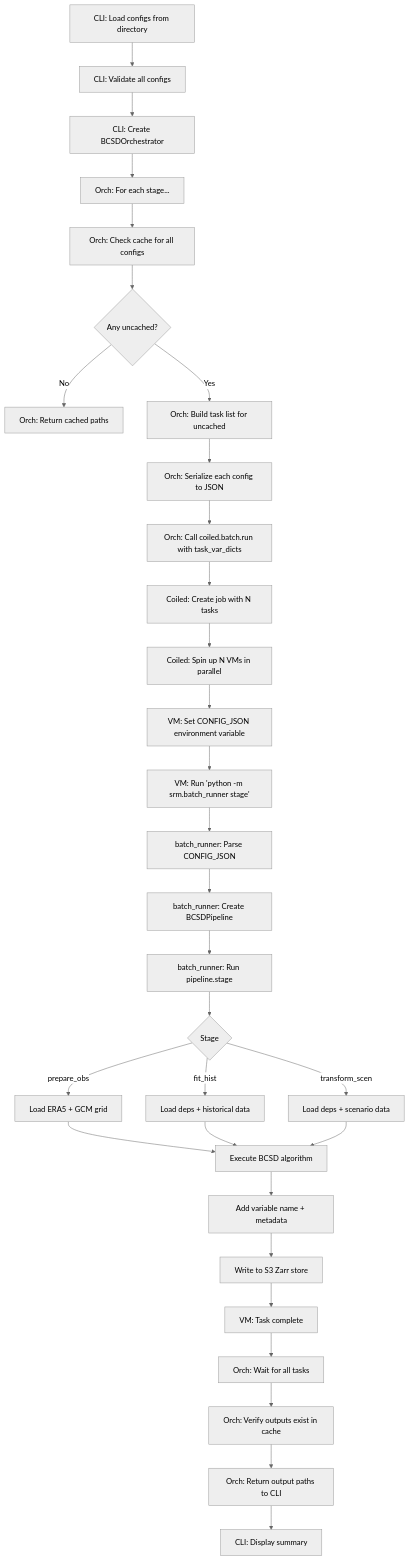
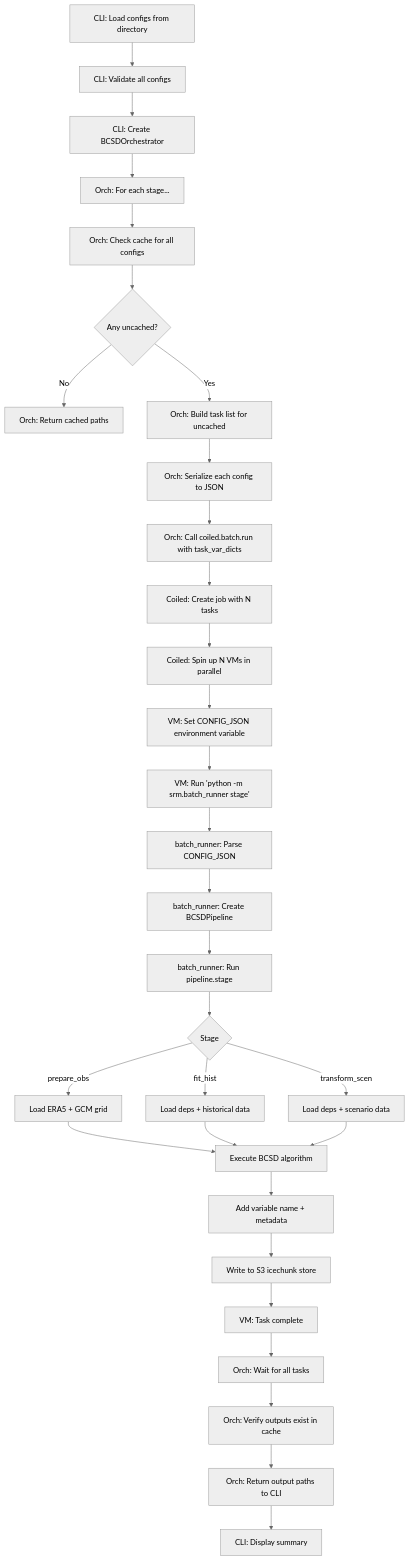
Before and after one commit to carbonplan/sai-downscaling: the third of 3 diagrams in docs/cli-usage.md, drawn with Mermaid (neutral theme). The commit also changed other lines of this file and 1 other file, not shown here.

````diff
--- a/docs/cli-usage.md
+++ b/docs/cli-usage.md
@@ -864,43 +985,43 @@
 ```mermaid
 flowchart TD
     A[CLI: Load configs from directory] --> B[CLI: Validate all configs]
     B --> C[CLI: Create BCSDOrchestrator]
     C --> D[Orch: For each stage...]
     
     D --> E[Orch: Check cache for all configs]
     E --> F{Any uncached?}
     
     F -->|No| G[Orch: Return cached paths]
     F -->|Yes| H[Orch: Build task list for uncached]
     
     H --> I[Orch: Serialize each config to JSON]
     I --> J[Orch: Call coiled.batch.run with task_var_dicts]
     
     J --> K[Coiled: Create job with N tasks]
     K --> L[Coiled: Spin up N VMs in parallel]
     
     L --> M[VM: Set CONFIG_JSON environment variable]
     M --> N[VM: Run 'python -m srm.batch_runner stage']
     
     N --> O[batch_runner: Parse CONFIG_JSON]
     O --> P[batch_runner: Create BCSDPipeline]
     P --> Q[batch_runner: Run pipeline.stage]
     
     Q --> R{Stage}
     R -->|prepare_obs| S1[Load ERA5 + GCM grid]
     R -->|fit_hist| S2[Load deps + historical data]
     R -->|transform_scen| S3[Load deps + scenario data]
     
     S1 --> T[Execute BCSD algorithm]
     S2 --> T
     S3 --> T
     
     T --> U[Add variable name + metadata]
-    U --> V[Write to S3 Zarr store]
+    U --> V[Write to S3 icechunk store]
     V --> W[VM: Task complete]
     
     W --> X[Orch: Wait for all tasks]
     X --> Y[Orch: Verify outputs exist in cache]
     Y --> Z[Orch: Return output paths to CLI]
     Z --> AA[CLI: Display summary]
 ```
````
